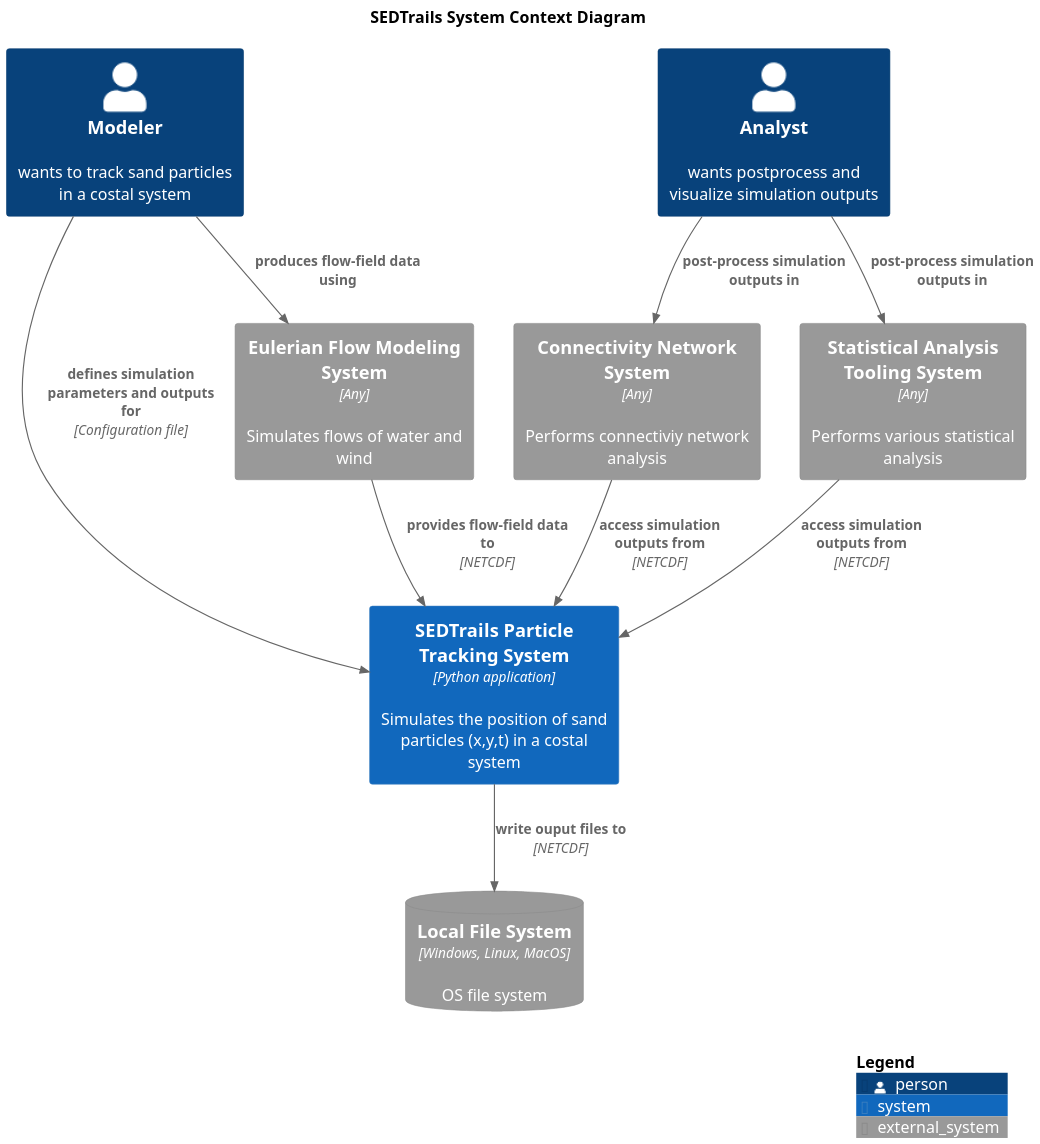
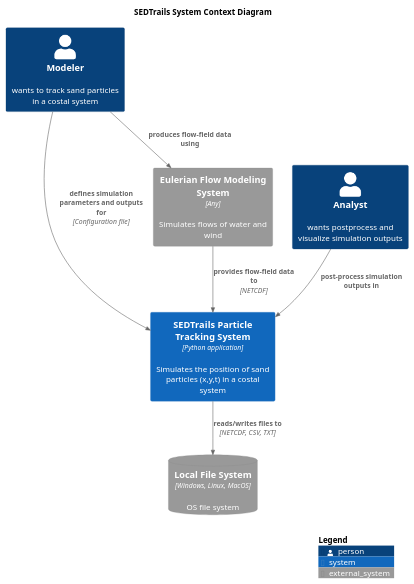
One commit to sgpearson17/sedtrails-sgp changed the diagram in diagrams/context-system.puml. Above: the diagram before and after it, drawn with PlantUML.

Commit message:
refactor context diagram to improve clarity and update relationships

```diff
--- a/diagrams/context-system.puml
+++ b/diagrams/context-system.puml
@@ -1,34 +1,31 @@
 @startuml SedtrailContext
-!include <C4/C4_Container>
+!include ./c4/C4_Context.puml
 
+' !theme C4_sandstone from ./c4/themes
 title SEDTrails System Context Diagram
-scale 2
+scale 1
 
 Person(modeler, "Modeler", "wants to track sand particles in a costal system")
 Person(analyst, "Analyst", "wants postprocess and visualize simulation outputs")
 
 
 System(sedtrails, "SEDTrails Particle Tracking System", "Simulates the position of sand particles (x,y,t) in a costal system", $type="Python application")
 
 
 System_Ext(flowSystem, "Eulerian Flow Modeling System", "Simulates flows of water and wind", $type="Any")
 
-
-System_Ext(connectivityNetworkSys, "Connectivity Network System", "Performs connectiviy network analysis", $type="Any")
-System_Ext(statisticsSys, "Statistical Analysis Tooling System", "Performs various statistical analysis", $type="Any")
 SystemDb_Ext(fileSystem, "Local File System", "OS file system", $type="Windows, Linux, MacOS")
 
-Rel(analyst, connectivityNetworkSys, "post-process simulation outputs in")
-Rel(analyst, statisticsSys, "post-process simulation outputs in")
-Rel(sedtrails, fileSystem, "write ouput files to", "NETCDF")
-
+Rel(analyst, sedtrails, "post-process simulation outputs in")
+Rel(sedtrails, fileSystem, "reads/writes files to", "NETCDF, CSV, TXT")
 
 Rel(modeler, sedtrails, "defines simulation parameters and outputs for", "Configuration file")
 Rel(modeler, flowSystem, "produces flow-field data using")
-Rel(connectivityNetworkSys, sedtrails, "access simulation outputs from", "NETCDF")
-Rel(statisticsSys, sedtrails, "access simulation outputs from", "NETCDF")
+
+' Rel(connectivityNetworkSys, sedtrails, "access simulation outputs from", "NETCDF")
+' Rel(statisticsSys, sedtrails, "access simulation outputs from", "NETCDF")
 
 Rel(flowSystem, sedtrails, "provides flow-field data to ", "NETCDF")
 
 SHOW_LEGEND()
 @enduml
```
